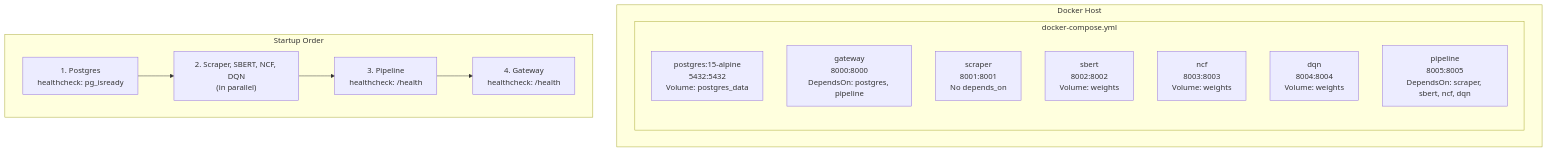
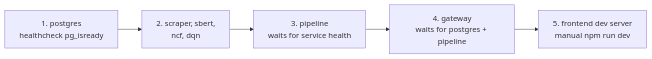
Diagram 13 of 15 in diagram.md (zXmill/SCPA-job-advisor), drawn with Mermaid before and after one commit. The commit also changed other lines of this file and 1 other file, not shown here.

````diff
--- a/diagram.md
+++ b/diagram.md
@@ -707,25 +714,7 @@
 ```mermaid
-flowchart TD
-    subgraph DockerHost["Docker Host"]
-        subgraph ComposeFile["docker-compose.yml"]
-            Postgres["postgres:15-alpine<br/>5432:5432<br/>Volume: postgres_data"]
-            Gateway["gateway<br/>8000:8000<br/>DependsOn: postgres, pipeline"]
-            Scraper["scraper<br/>8001:8001<br/>No depends_on"]
-            SBERT["sbert<br/>8002:8002<br/>Volume: weights"]
-            NCF["ncf<br/>8003:8003<br/>Volume: weights"]
-            DQN["dqn<br/>8004:8004<br/>Volume: weights"]
-            Pipeline["pipeline<br/>8005:8005<br/>DependsOn: scraper, sbert, ncf, dqn"]
-        end
-    end
-
-    subgraph StartupOrder["Startup Order"]
-        S1["1. Postgres<br/>healthcheck: pg_isready"]
-        S2["2. Scraper, SBERT, NCF, DQN<br/>(in parallel)"]
-        S3["3. Pipeline<br/>healthcheck: /health"]
-        S4["4. Gateway<br/>healthcheck: /health"]
-    end
-
-    S1 --> S2
-    S2 --> S3
-    S3 --> S4
+flowchart LR
+    Postgres["1. postgres<br/>healthcheck pg_isready"] --> Models["2. scraper, sbert,<br/>ncf, dqn"]
+    Models --> Pipeline["3. pipeline<br/>waits for service health"]
+    Pipeline --> Gateway["4. gateway<br/>waits for postgres + pipeline"]
+    Gateway --> Frontend["5. frontend dev server<br/>manual npm run dev"]
 ```
````
